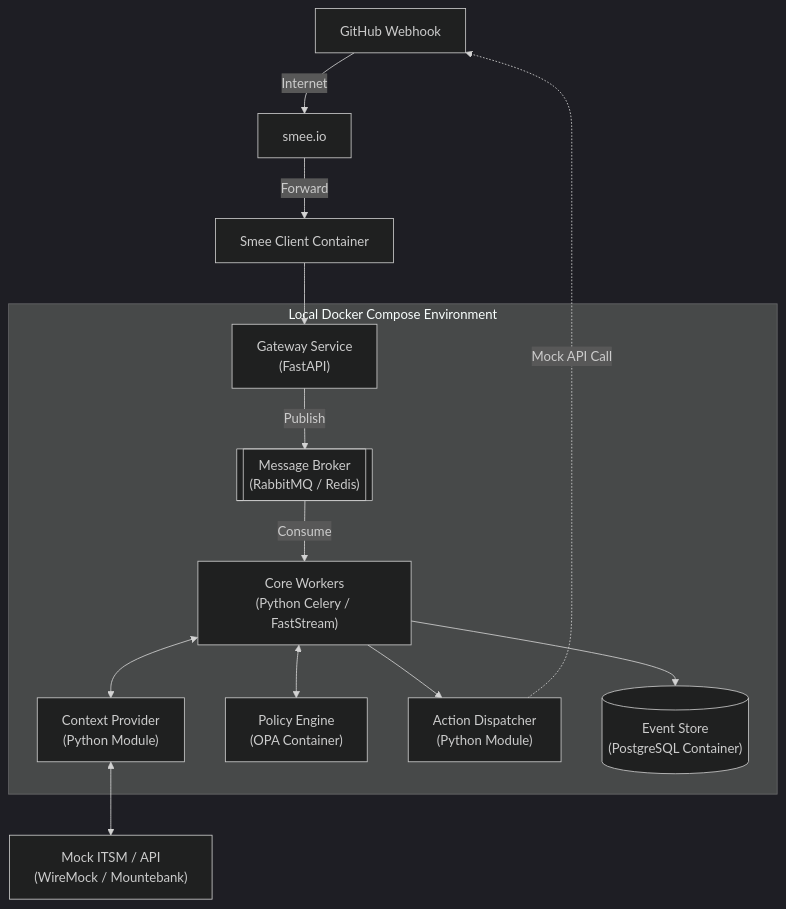
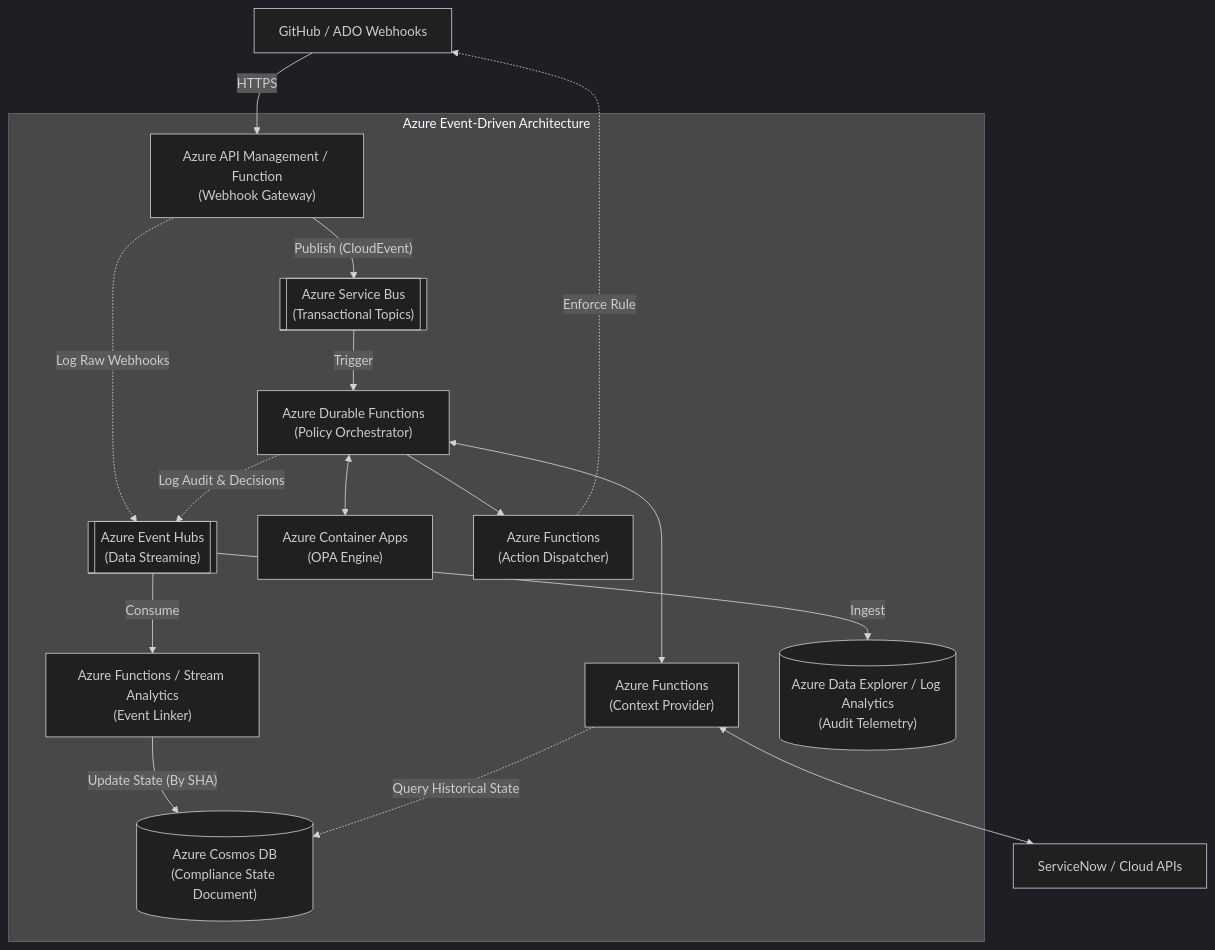
Before and after one commit to erasmo-dominguez-stuff/repol: the third of 4 diagrams in docs/adr-initial-architecture.md, drawn with Mermaid (dark theme). The commit also changed other lines of this file, not shown here.

````diff
--- a/docs/adr-initial-architecture.md
+++ b/docs/adr-initial-architecture.md
@@ -125,32 +157,47 @@
 ```mermaid
 flowchart TD
-    GH["GitHub Webhook"] -- "Internet" --> Smee["smee.io"]
-    Smee -- "Forward" --> SmeeClient["Smee Client Container"]
+    %% External Entities
+    GH["GitHub / ADO Webhooks"] -- "HTTPS" --> Gateway
+    ExternalAPIs["ServiceNow / Cloud APIs"]
 
-    subgraph Local_Event_Driven_Stack [Local Docker Compose Environment]
-        Gateway["Gateway Service<br/>(FastAPI)"]
-        EventBus[["Message Broker<br/>(RabbitMQ / Redis)"]]
+    subgraph Azure_Serverless_Ecosystem [Azure Event-Driven Architecture]
+        %% Ingestion and Messaging
+        Gateway["Azure API Management / Function<br/>(Webhook Gateway)"]
+        ServiceBus[["Azure Service Bus<br/>(Transactional Topics)"]]
+        EventHubs[["Azure Event Hubs<br/>(Data Streaming)"]]
         
-        WorkerCore["Core Workers<br/>(Python Celery / FastStream)"]
-        Context["Context Provider<br/>(Python Module)"]
-        Engine["Policy Engine<br/>(OPA Container)"]
-        Dispatcher["Action Dispatcher<br/>(Python Module)"]
+        %% Processing (Core)
+        Orchestrator["Azure Durable Functions<br/>(Policy Orchestrator)"]
+        Context["Azure Functions<br/>(Context Provider)"]
+        OPA["Azure Container Apps<br/>(OPA Engine)"]
         
-        DB[("Event Store<br/>(PostgreSQL Container)")]
+        %% Enforcement
+        ActionDispatcher["Azure Functions<br/>(Action Dispatcher)"]
+
+        %% Correlation and Data
+        CorrelationEngine["Azure Functions / Stream Analytics<br/>(Event Linker)"]
+        CosmosDB[("Azure Cosmos DB<br/>(Compliance State Document)")]
+        LogAnalytics[("Azure Data Explorer / Log Analytics<br/>(Audit Telemetry)")]
     end
+
+    %% Main Transactional Flow
+    Gateway -- "Publish (CloudEvent)" --> ServiceBus
+    ServiceBus -- "Trigger" --> Orchestrator
     
-    MockAPI["Mock ITSM / API<br/>(WireMock / Mountebank)"]
+    Orchestrator <--> Context
+    Context <--> ExternalAPIs
+    
+    Orchestrator <--> OPA
+    Orchestrator --> ActionDispatcher
+    ActionDispatcher -. "Enforce Rule" .-> GH
 
-    SmeeClient --> Gateway
-    Gateway -- "Publish" --> EventBus
-    EventBus -- "Consume" --> WorkerCore
+    %% Correlation Flow
+    EventHubs -- "Consume" --> CorrelationEngine
+    CorrelationEngine -- "Update State (By SHA)" --> CosmosDB
+    Context -. "Query Historical State" .-> CosmosDB
     
-    WorkerCore <--> Context
-    Context <--> MockAPI
-    
-    WorkerCore <--> Engine
-    WorkerCore --> Dispatcher
-    Dispatcher -. "Mock API Call" .-> GH
-    
-    WorkerCore --> DB
+    %% Audit Flow
+    Gateway -. "Log Raw Webhooks" .-> EventHubs
+    Orchestrator -. "Log Audit & Decisions" .-> EventHubs
+    EventHubs -- "Ingest" --> LogAnalytics
 ```
````
